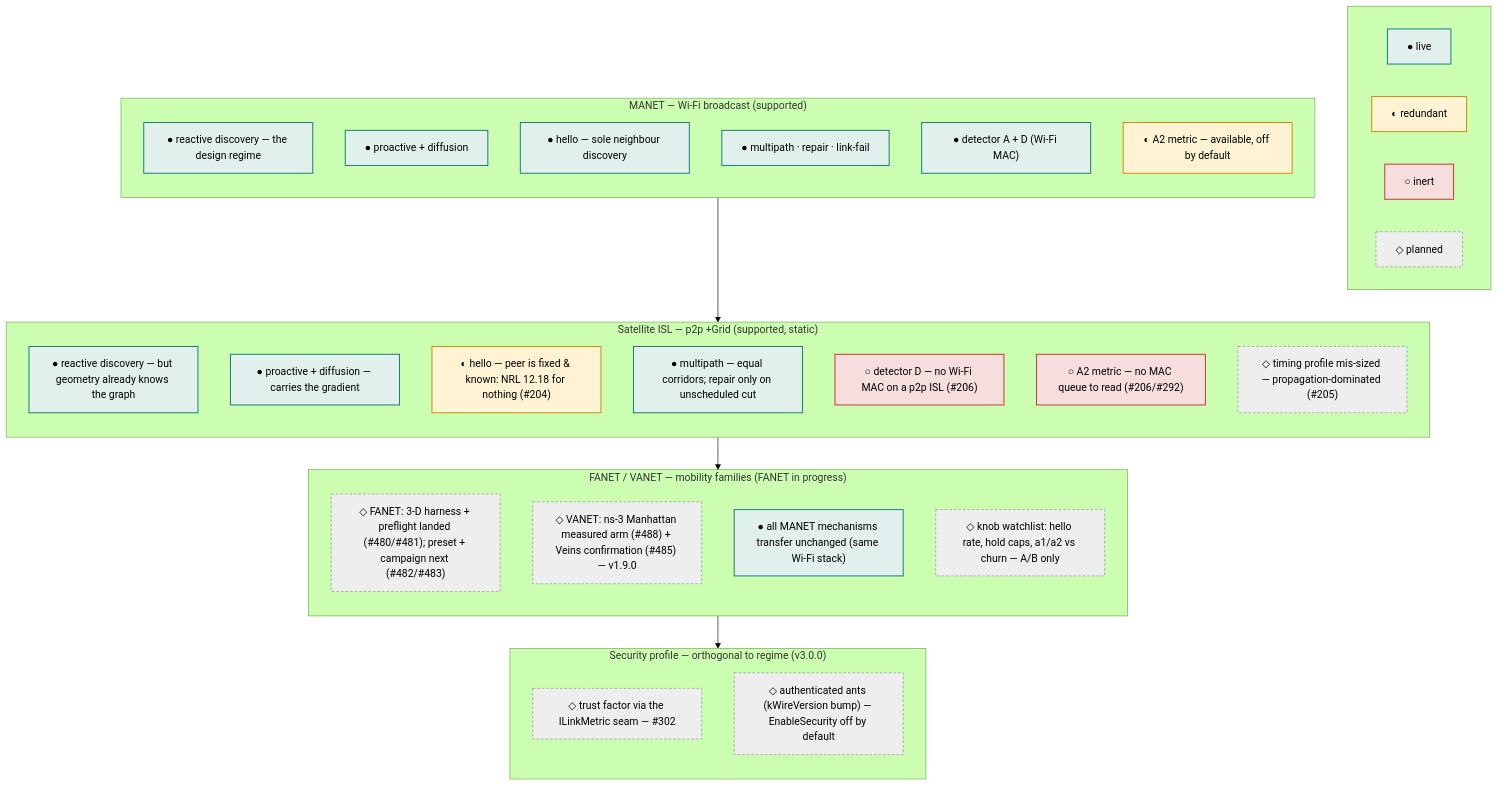
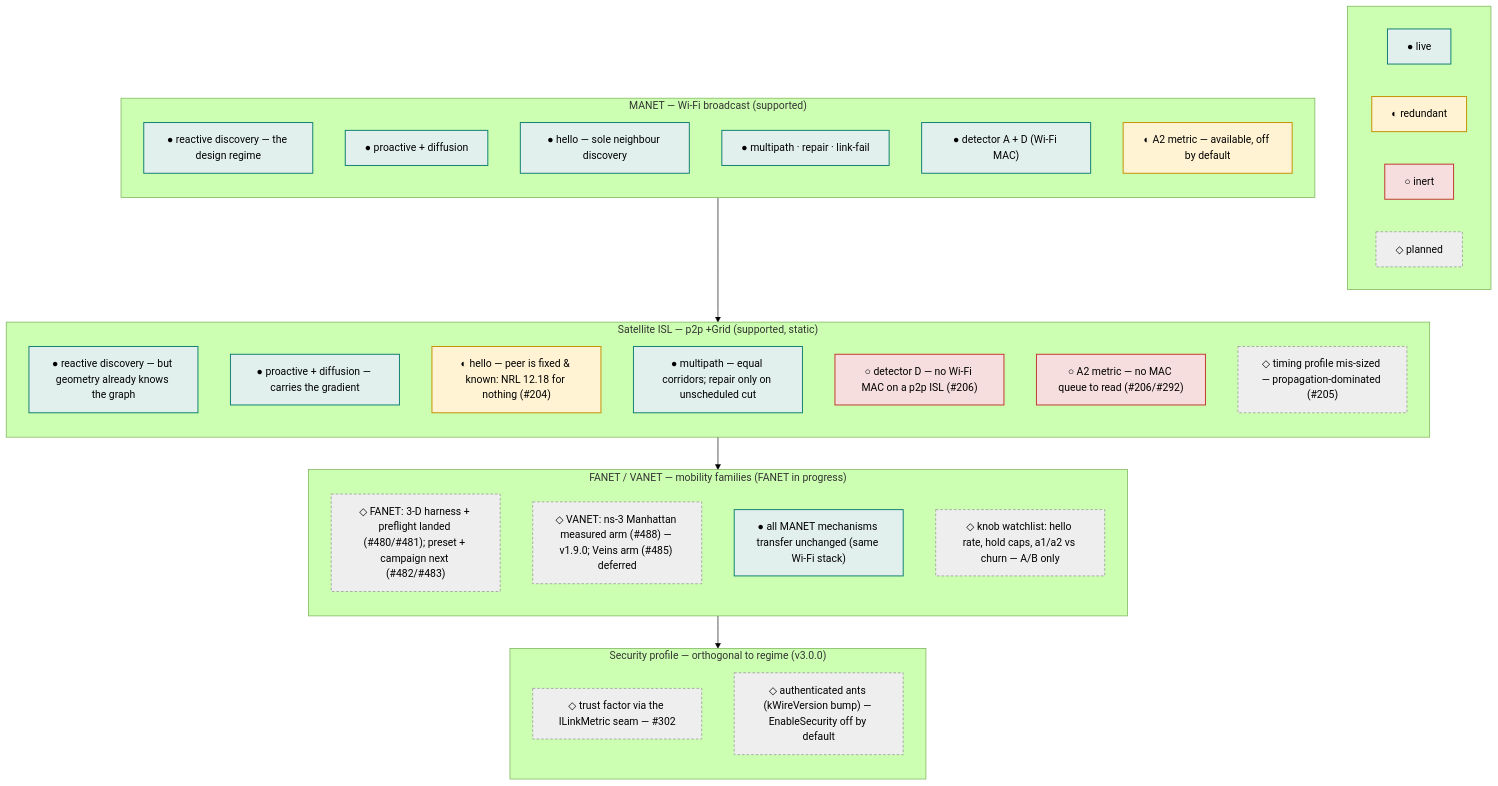
The third of 3 diagrams in docs/software-layers.md (danieljoppi/AntHocNet), drawn with Mermaid (forest theme) before and after one commit. The commit also changed 1 other file, not shown here.

First paragraph of the commit message:
docs(roadmap): defer the OMNeT++/INET adapter; v1.8.0 becomes the #521 roll-up
Maintainer decision 2026-10-06: the OMNeT++/INET adapter (#32,
#147-#150) and the Veins confirmation arm it would enable (#485) leave
the release ladder.

````diff
--- a/docs/software-layers.md
+++ b/docs/software-layers.md
@@ -133,52 +133,52 @@
 ```mermaid
 flowchart TB
     subgraph LEGEND[" "]
         direction LR
         L1["● live"]:::live
         L2["◐ redundant"]:::redu
         L3["○ inert"]:::inert
         L4["◇ planned"]:::plan
     end
 
     subgraph MANET["MANET — Wi-Fi broadcast (supported)"]
         direction TB
         MA["● reactive discovery — the design regime"]:::live
         MB["● proactive + diffusion"]:::live
         MC["● hello — sole neighbour discovery"]:::live
         MD["● multipath · repair · link-fail"]:::live
         ME["● detector A + D (Wi-Fi MAC)"]:::live
         MF["◐ A2 metric — available, off by default"]:::redu
     end
 
     subgraph SAT["Satellite ISL — p2p +Grid (supported, static)"]
         direction TB
         SA["● reactive discovery — but geometry already knows the graph"]:::live
         SB["● proactive + diffusion — carries the gradient"]:::live
         SC["◐ hello — peer is fixed & known: NRL 12.18 for nothing (#204)"]:::redu
         SD["● multipath — equal corridors; repair only on unscheduled cut"]:::live
         SE["○ detector D — no Wi-Fi MAC on a p2p ISL (#206)"]:::inert
         SF["○ A2 metric — no MAC queue to read (#206/#292)"]:::inert
         SG["◇ timing profile mis-sized — propagation-dominated (#205)"]:::plan
     end
 
     subgraph FAM["FANET / VANET — mobility families (FANET in progress)"]
         direction TB
         FA["◇ FANET: 3-D harness + preflight landed (#480/#481); preset + campaign next (#482/#483)"]:::plan
-        FD["◇ VANET: ns-3 Manhattan measured arm (#488) + Veins confirmation (#485) — v1.9.0"]:::plan
+        FD["◇ VANET: ns-3 Manhattan measured arm (#488) — v1.9.0; Veins arm (#485) deferred"]:::plan
         FB["● all MANET mechanisms transfer unchanged (same Wi-Fi stack)"]:::live
         FC["◇ knob watchlist: hello rate, hold caps, a1/a2 vs churn — A/B only"]:::plan
     end
 
     subgraph SEC["Security profile — orthogonal to regime (v3.0.0)"]
         direction TB
         XA["◇ trust factor via the ILinkMetric seam — #302"]:::plan
         XB["◇ authenticated ants (kWireVersion bump) — EnableSecurity off by default"]:::plan
     end
 
     MANET --> SAT --> FAM --> SEC
 
     classDef live fill:#e2f0ed,stroke:#0f7f70,stroke-width:1.5px;
     classDef redu fill:#fff3d4,stroke:#c48f00,stroke-width:1.5px;
     classDef inert fill:#f6dede,stroke:#c0392b,stroke-width:1.5px;
     classDef plan fill:#eee,stroke:#888,stroke-dasharray:4 3;
 ```
````
